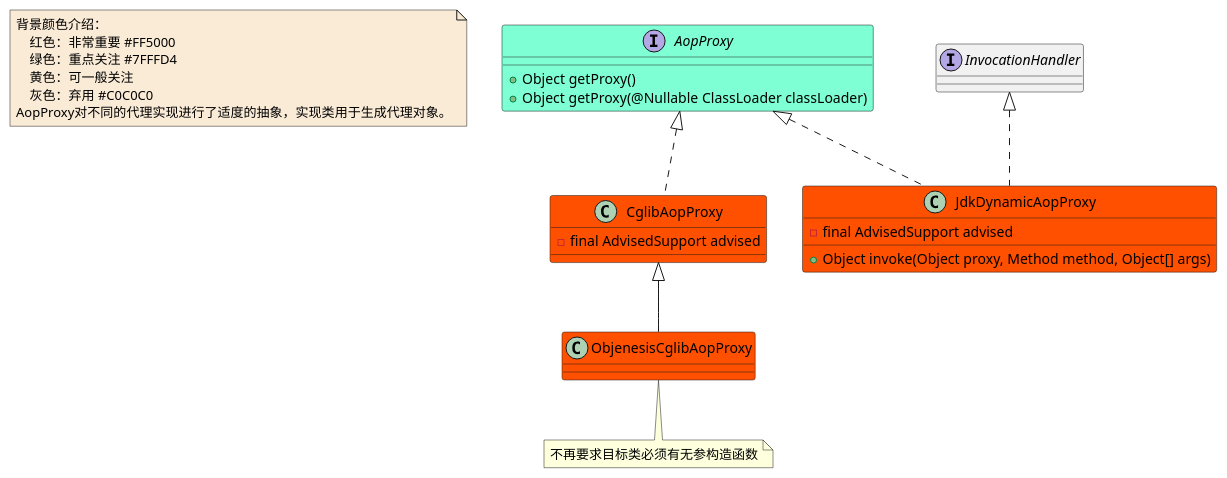
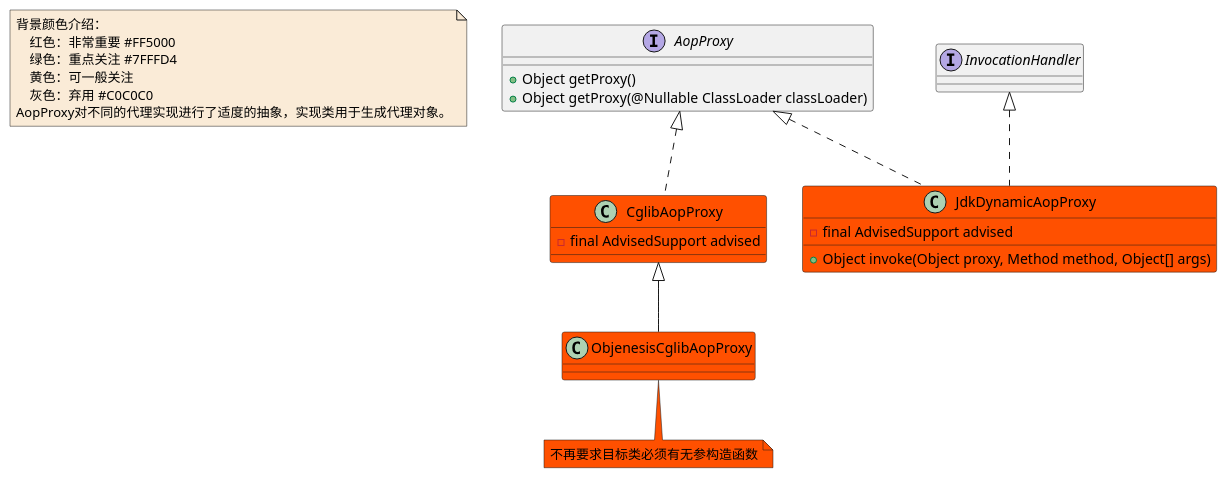
One commit to czwer/learn-spring-code changed the diagram in document/spring/base/class/AOP-AopProxy-class.puml. Above: the diagram before and after it, drawn with PlantUML. The commit also changed 26 other files, not shown here.

```diff
--- a/document/spring/base/class/AOP-AopProxy-class.puml
+++ b/document/spring/base/class/AOP-AopProxy-class.puml
@@ -1,35 +1,35 @@
 @startuml
 
 note  as N1 #FAEBD7
     背景颜色介绍：
         红色：非常重要 #FF5000
         绿色：重点关注 #7FFFD4
         黄色：可一般关注
         灰色：弃用 #C0C0C0
     AopProxy对不同的代理实现进行了适度的抽象，实现类用于生成代理对象。
 end note
 
-interface AopProxy #7FFFD4
+interface AopProxy
 AopProxy : +Object getProxy()
 AopProxy : +Object getProxy(@Nullable ClassLoader classLoader)
 class CglibAopProxy #FF5000
 CglibAopProxy : -final AdvisedSupport advised
 interface InvocationHandler
 class JdkDynamicAopProxy #FF5000
 JdkDynamicAopProxy : +Object invoke(Object proxy, Method method, Object[] args)
 JdkDynamicAopProxy : -final AdvisedSupport advised
 class ObjenesisCglibAopProxy #FF5000
-note bottom : 不再要求目标类必须有无参构造函数
+note bottom  #FF5000: 不再要求目标类必须有无参构造函数
 
 
 
 AopProxy <|.. CglibAopProxy
 AopProxy <|.. JdkDynamicAopProxy
 
 
 CglibAopProxy <|-- ObjenesisCglibAopProxy
 
 InvocationHandler <|.. JdkDynamicAopProxy
 
 
 @enduml
```
